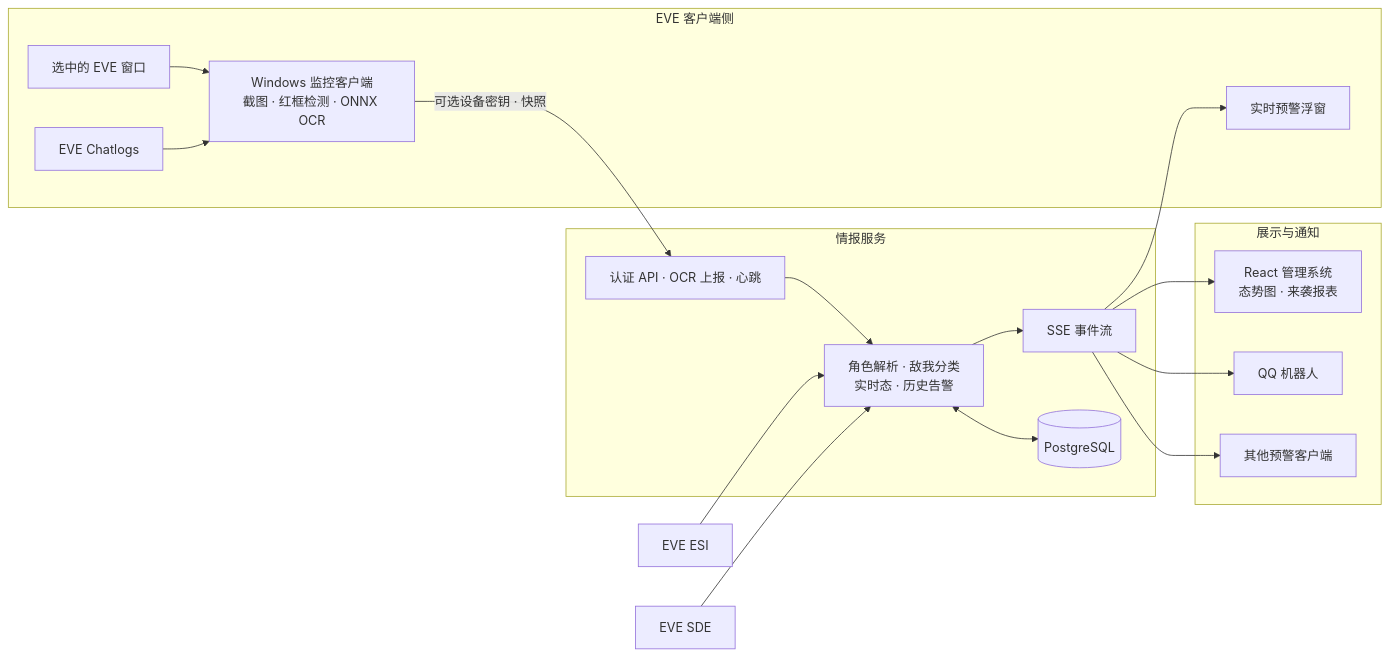
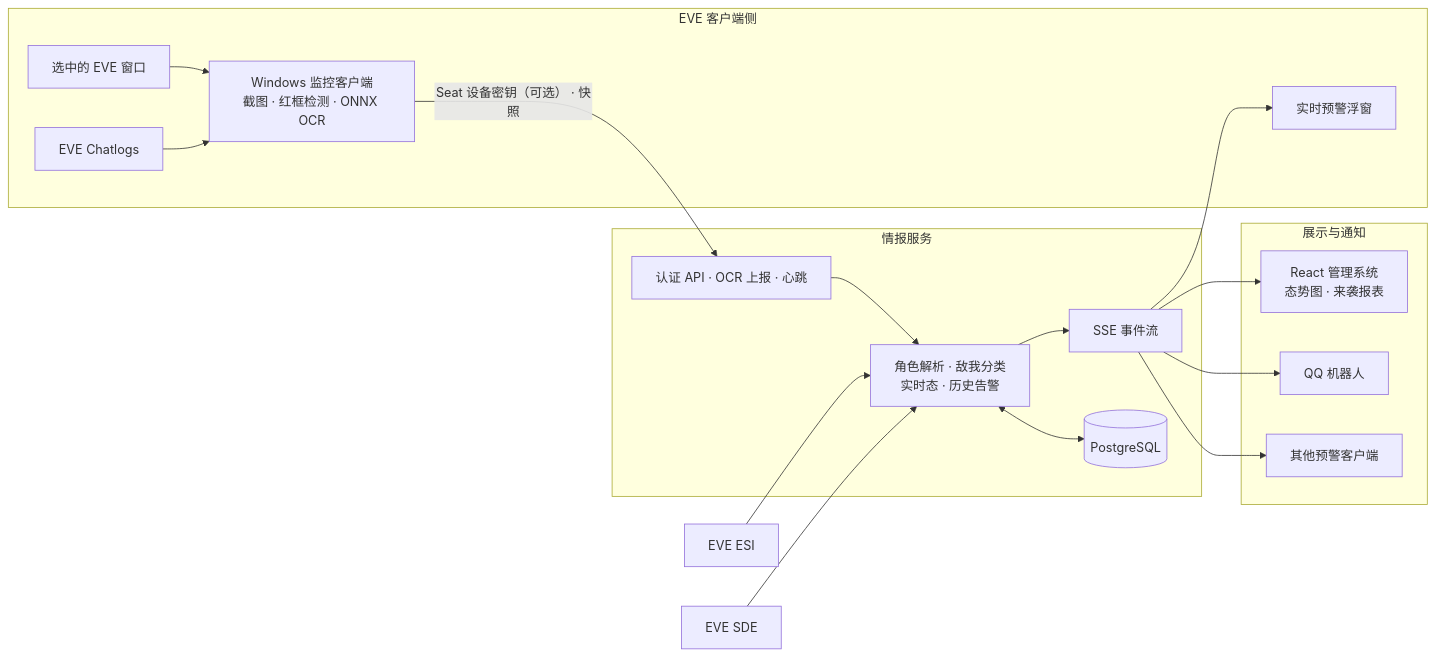
The first of 3 diagrams in README.md (xiaqijun/eve-sentry), drawn with Mermaid before and after one commit. The commit also changed other lines of this file and 13 other files, not shown here.

````diff
--- a/README.md
+++ b/README.md
@@ -34,35 +34,35 @@
 ```mermaid
 flowchart LR
     subgraph edge["EVE 客户端侧"]
         eve["选中的 EVE 窗口"]
         logs["EVE Chatlogs"]
         monitor["Windows 监控客户端<br/>截图 · 红框检测 · ONNX OCR"]
         overlay["实时预警浮窗"]
         eve --> monitor
         logs --> monitor
     end
 
     subgraph service["情报服务"]
         api["认证 API · OCR 上报 · 心跳"]
         intel["角色解析 · 敌我分类<br/>实时态 · 历史告警"]
         stream["SSE 事件流"]
         database[("PostgreSQL")]
         api --> intel
         intel <--> database
         intel --> stream
     end
 
     subgraph consumers["展示与通知"]
         web["React 管理系统<br/>态势图 · 来袭报表"]
         bot["QQ 机器人"]
         clients["其他预警客户端"]
     end
 
     esi["EVE ESI"] --> intel
     sde["EVE SDE"] --> intel
-    monitor -->|"可选设备密钥 · 快照"| api
+    monitor -->|"Seat 设备密钥（可选） · 快照"| api
     stream --> overlay
     stream --> web
     stream --> bot
     stream --> clients
 ```
````
